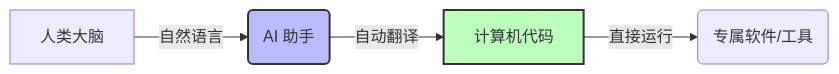
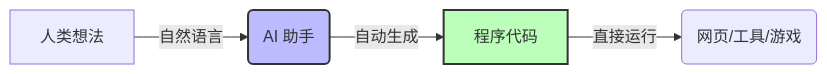
One commit to ruanqizhen/cocode changed the diagram in docs/nocode.md. Above: the diagram before and after it, drawn with Mermaid. The commit also changed other lines of this file, not shown here.

````diff
--- a/docs/nocode.md
+++ b/docs/nocode.md
@@ -24,8 +67,9 @@
 ```mermaid
 graph LR
-    A[人类大脑] -->|自然语言| B(AI 助手)
-    B -->|自动翻译| C[计算机代码]
-    C -->|直接运行| D(专属软件/工具)
+    A[人类想法] -->|自然语言| B(AI 助手)
+    B -->|自动生成| C[程序代码]
+    C -->|直接运行| D(网页/工具/游戏)
+
     style B fill:#bbf,stroke:#333,stroke-width:2px
     style C fill:#bfb,stroke:#333,stroke-width:2px
 ```
````
